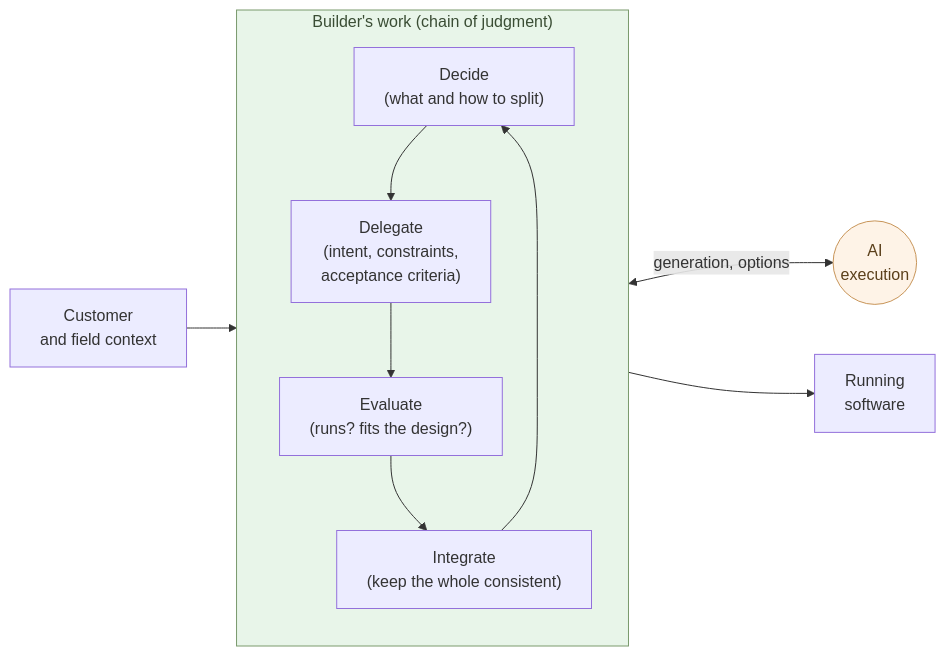
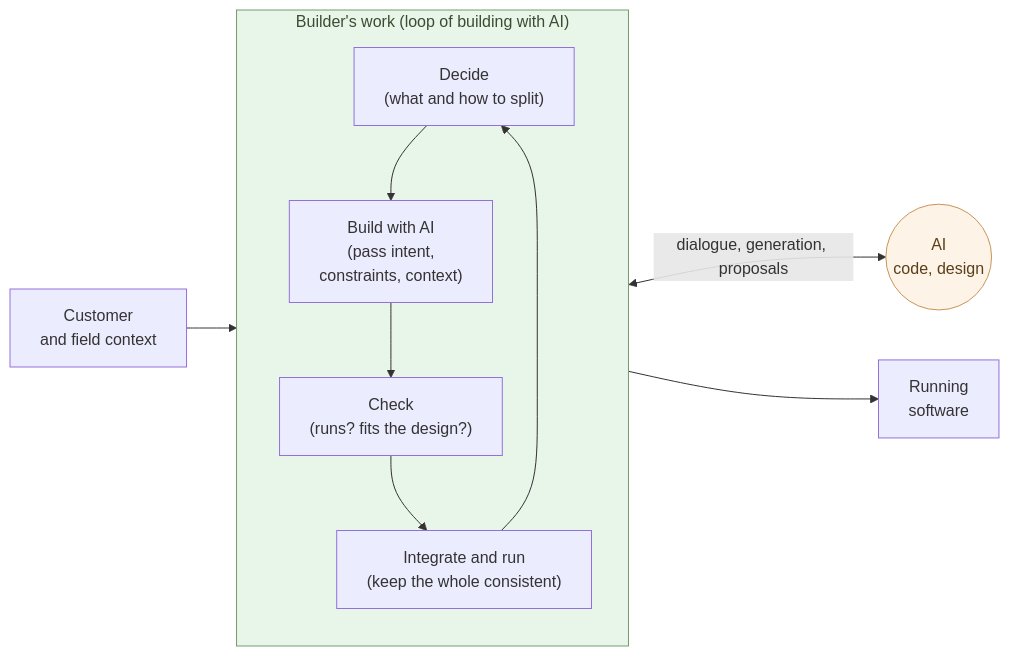
One commit to aiseed-dev/website changed the diagram in articles/ai-native-ways/software/04-builder/en.md. Above: the diagram before and after it, drawn with Mermaid. The commit also changed other lines of this file and 4 other files, not shown here.

````diff
--- a/articles/ai-native-ways/software/04-builder/en.md
+++ b/articles/ai-native-ways/software/04-builder/en.md
@@ -56,25 +58,25 @@
 ```mermaid
 flowchart LR
   Ctx["Customer<br/>and field context"]
 
-  subgraph Builder["Builder's work (chain of judgment)"]
+  subgraph Builder["Builder's work (loop of building with AI)"]
     direction TB
     D["Decide<br/>(what and how to split)"]
-    Hand["Delegate<br/>(intent, constraints,<br/>acceptance criteria)"]
-    Eval["Evaluate<br/>(runs? fits the design?)"]
-    Int["Integrate<br/>(keep the whole consistent)"]
+    Hand["Build with AI<br/>(pass intent,<br/>constraints, context)"]
+    Eval["Check<br/>(runs? fits the design?)"]
+    Int["Integrate and run<br/>(keep the whole consistent)"]
     D --> Hand --> Eval --> Int --> D
   end
 
-  AI(("AI<br/>execution"))
+  AI(("AI<br/>code, design"))
   Out["Running<br/>software"]
 
   Ctx --> D
-  Hand <-->|generation, options| AI
+  Hand <-->|dialogue, generation, proposals| AI
   Int --> Out
 
   classDef good fill:#e8f5e9,stroke:#7a9a6d,color:#3a4d34
   classDef ai fill:#fef3e7,stroke:#c89559,color:#5a3f1a
   class Builder good
   class AI ai
 ```
````
